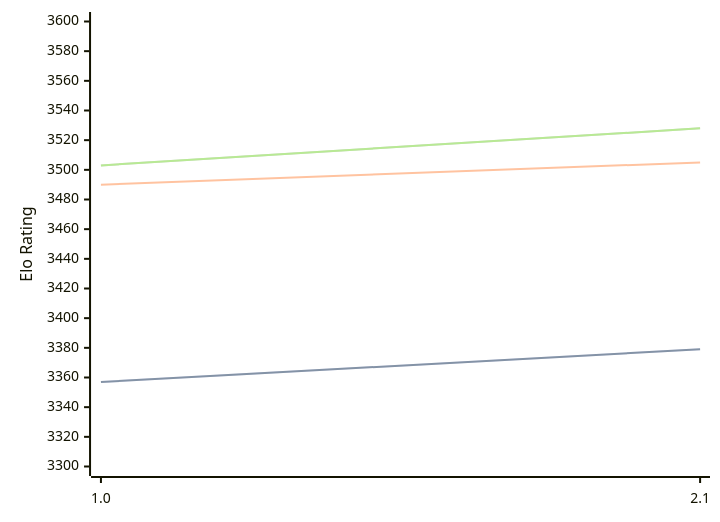
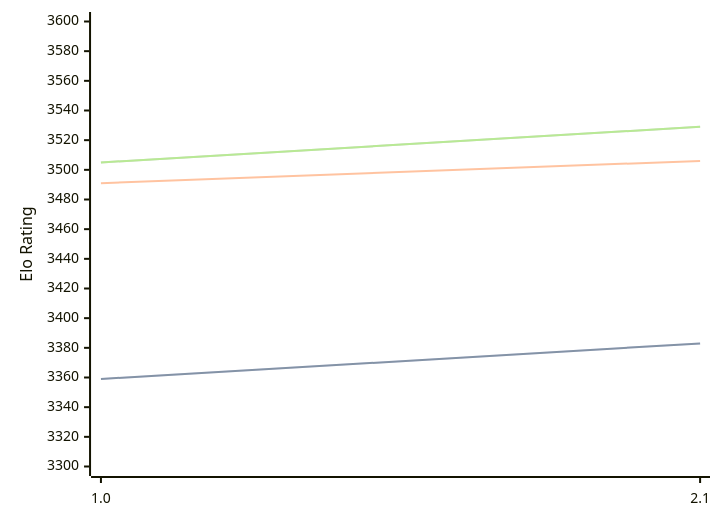
One commit to computer-chess-index/cci changed the first of 3 diagrams in engines/Hobbes.md. Above: the diagram before and after it, drawn with Mermaid. The commit also changed other lines of this file, not shown here.

Commit message:
Update CCI Ratings (ELO VLTC) - 2026-06-30

````diff
--- a/engines/Hobbes.md
+++ b/engines/Hobbes.md
@@ -33,11 +33,11 @@
 ```mermaid
 %%{init: {"theme":"base","themeVariables":{"seriesColors:['#a3a3a3','#222221','#faa371']}}}%%
 xychart-beta
   x-axis ["1.0", "2.1"]
   y-axis "Elo Rating" 3300 --> 3600
-  line "STC (8.0+0.08s)" [3357, 3379]
-  line "STC (8.0+0.08s)" [3357, 3379]
-  line "LTC (60.0+0.60s)" [3490, 3505]
-  line "VLTC (2m24s+1.12s)" [3503, 3528]
-  line "VLTC (2m24s+1.12s)" [3503, 3528]
+  line "STC (8.0+0.08s)" [3359, 3383]
+  line "STC (8.0+0.08s)" [3359, 3383]
+  line "LTC (60.0+0.60s)" [3491, 3506]
+  line "VLTC (2m24s+1.12s)" [3505, 3529]
+  line "VLTC (2m24s+1.12s)" [3505, 3529]
 ```
````
